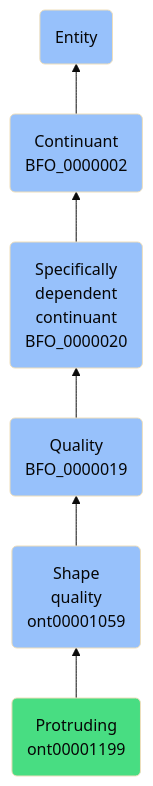
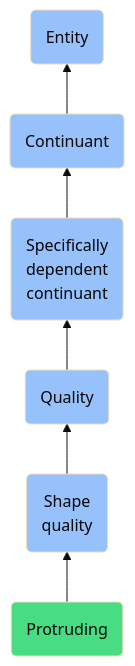
Before and after one commit to jupyter-naas/abi: the diagram in docs/ontology/reference/model/Entity/Continuant/Specifically dependent continuant/Quality/Shape quality/Protruding/Protruding.md, drawn with Mermaid (base theme). The commit also changed other lines of this file and 1430 other files, not shown here.

````diff
--- a/docs/ontology/reference/model/Entity/Continuant/Specifically dependent continuant/Quality/Shape quality/Protruding/Protruding.md
+++ b/docs/ontology/reference/model/Entity/Continuant/Specifically dependent continuant/Quality/Shape quality/Protruding/Protruding.md
@@ -24,13 +24,13 @@
 ```mermaid
 graph BT
-    ont00001199(Protruding<br>ont00001199):::ABI-->ont00001059
-    ont00001059(Shape<br>quality<br>ont00001059):::BFO-->BFO_0000019
-    BFO_0000019(Quality<br>BFO_0000019):::BFO-->BFO_0000020
-    BFO_0000020(Specifically<br>dependent<br>continuant<br>BFO_0000020):::BFO-->BFO_0000002
-    BFO_0000002(Continuant<br>BFO_0000002):::BFO-->BFO_0000001
+    ont00001199(Protruding):::ABI-->ont00001059
+    ont00001059(Shape<br>quality):::BFO-->BFO_0000019
+    BFO_0000019(Quality):::BFO-->BFO_0000020
+    BFO_0000020(Specifically<br>dependent<br>continuant):::BFO-->BFO_0000002
+    BFO_0000002(Continuant):::BFO-->BFO_0000001
     BFO_0000001(Entity):::BFO
     
     classDef BFO fill:#97c1fb,color:#060606
     classDef CCO fill:#e4c51e,color:#060606
     classDef ABI fill:#48DD82,color:#060606
 ```
````
